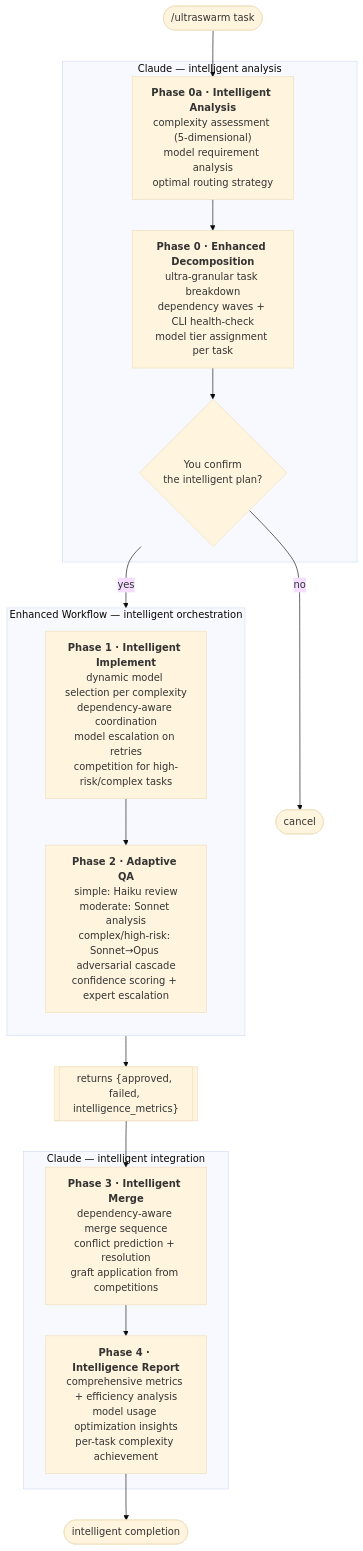
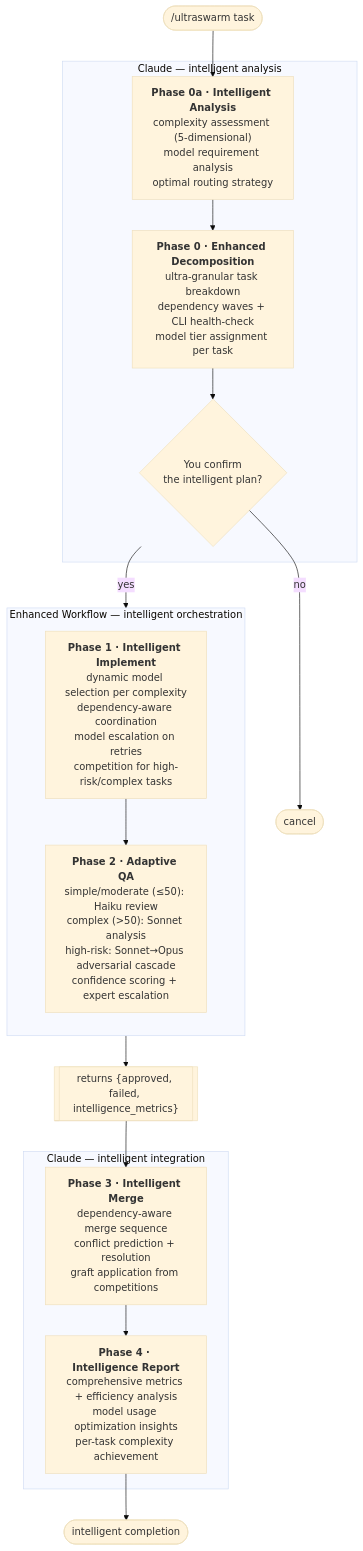
The first of 2 diagrams in README.md (fubak/ultraswarm), drawn with Mermaid (base theme) before and after one commit. The commit also changed other lines of this file, not shown here.

````diff
--- a/README.md
+++ b/README.md
@@ -37,30 +37,30 @@
 ```mermaid
 flowchart TD
     U([/ultraswarm task]) --> P0A
 
     subgraph claude0 [" Claude — intelligent analysis "]
         P0A["<b>Phase 0a · Intelligent Analysis</b><br/>complexity assessment (5-dimensional)<br/>model requirement analysis<br/>optimal routing strategy"]
         P0["<b>Phase 0 · Enhanced Decomposition</b><br/>ultra-granular task breakdown<br/>dependency waves + CLI health-check<br/>model tier assignment per task"]
         CONF{"You confirm<br/>the intelligent plan?"}
     end
     P0A --> P0
     P0 --> CONF
     CONF -- no --> STOP([cancel])
 
     subgraph wf [" Enhanced Workflow — intelligent orchestration "]
         direction TB
         P1["<b>Phase 1 · Intelligent Implement</b><br/>dynamic model selection per complexity<br/>dependency-aware coordination<br/>model escalation on retries<br/>competition for high-risk/complex tasks"]
-        P2["<b>Phase 2 · Adaptive QA</b><br/>simple: Haiku review<br/>moderate: Sonnet analysis<br/>complex/high-risk: Sonnet→Opus adversarial cascade<br/>confidence scoring + expert escalation"]
+        P2["<b>Phase 2 · Adaptive QA</b><br/>simple/moderate (≤50): Haiku review<br/>complex (>50): Sonnet analysis<br/>high-risk: Sonnet→Opus adversarial cascade<br/>confidence scoring + expert escalation"]
         P1 --> P2
     end
     CONF -- yes --> P1
     P2 --> RET[["returns {approved, failed, intelligence_metrics}"]]
 
     subgraph claude1 [" Claude — intelligent integration "]
         P3["<b>Phase 3 · Intelligent Merge</b><br/>dependency-aware merge sequence<br/>conflict prediction + resolution<br/>graft application from competitions"]
         P4["<b>Phase 4 · Intelligence Report</b><br/>comprehensive metrics + efficiency analysis<br/>model usage optimization insights<br/>per-task complexity achievement"]
         P3 --> P4
     end
     RET --> P3
     P4 --> DONE([intelligent completion])
 ```
````
